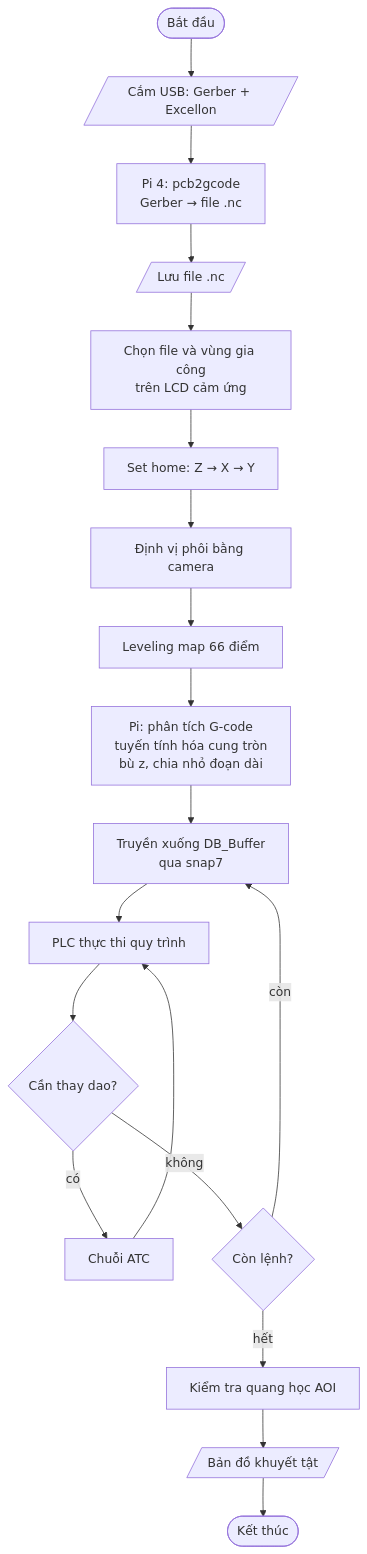
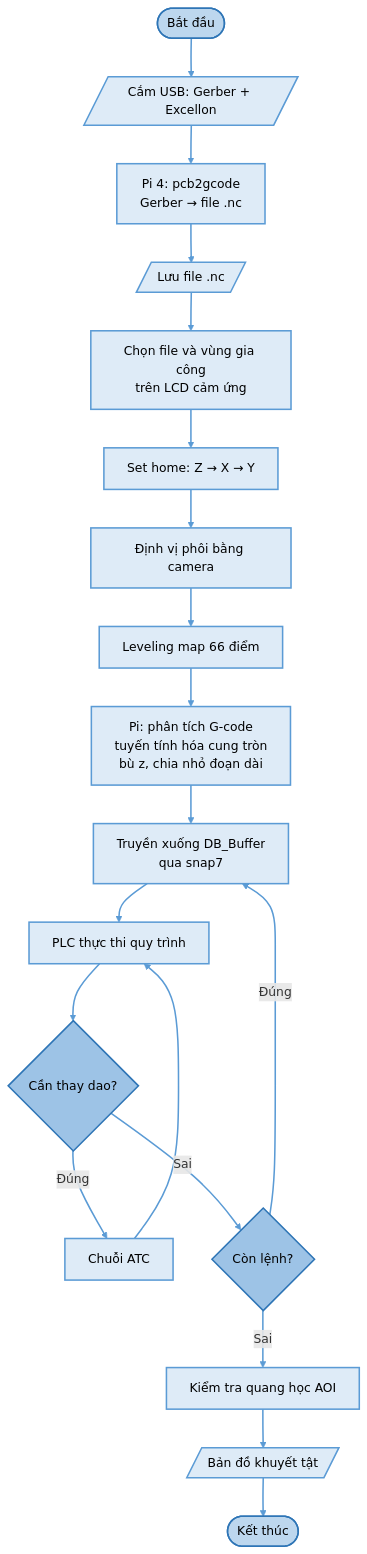
The first of 10 diagrams in docs/luu-do-giai-thuat.md (nguyentanphat1908-collab/IDE), drawn with Mermaid before and after one commit. The commit also changed other lines of this file and 4 other files, not shown here.

````diff
--- a/docs/luu-do-giai-thuat.md
+++ b/docs/luu-do-giai-thuat.md
@@ -28,21 +40,27 @@
 ```mermaid
 flowchart TD
-    A([Bắt đầu]) --> B[/"Cắm USB: Gerber + Excellon"/]
-    B --> C["Pi 4: pcb2gcode<br/>Gerber → file .nc"]
-    C --> D[/"Lưu file .nc"/]
-    D --> E["Chọn file và vùng gia công<br/>trên LCD cảm ứng"]
-    E --> F["Set home: Z → X → Y"]
-    F --> G["Định vị phôi bằng camera"]
-    G --> H["Leveling map 66 điểm"]
-    H --> I["Pi: phân tích G-code<br/>tuyến tính hóa cung tròn<br/>bù z, chia nhỏ đoạn dài"]
-    I --> J["Truyền xuống DB_Buffer<br/>qua snap7"]
-    J --> K["PLC thực thi quy trình"]
-    K --> L{"Cần thay dao?"}
-    L -- có --> M["Chuỗi ATC"]
+    A([Bắt đầu]):::term --> B[/"Cắm USB: Gerber + Excellon"/]:::io
+    B --> C["Pi 4: pcb2gcode<br/>Gerber → file .nc"]:::proc
+    C --> D[/"Lưu file .nc"/]:::io
+    D --> E["Chọn file và vùng gia công<br/>trên LCD cảm ứng"]:::proc
+    E --> F["Set home: Z → X → Y"]:::proc
+    F --> G["Định vị phôi bằng camera"]:::proc
+    G --> H["Leveling map 66 điểm"]:::proc
+    H --> I["Pi: phân tích G-code<br/>tuyến tính hóa cung tròn<br/>bù z, chia nhỏ đoạn dài"]:::proc
+    I --> J["Truyền xuống DB_Buffer<br/>qua snap7"]:::proc
+    J --> K["PLC thực thi quy trình"]:::proc
+    K --> L{"Cần thay dao?"}:::dec
+    L -- Đúng --> M["Chuỗi ATC"]:::proc
     M --> K
-    L -- không --> N{"Còn lệnh?"}
-    N -- còn --> J
-    N -- hết --> O["Kiểm tra quang học AOI"]
-    O --> P[/"Bản đồ khuyết tật"/]
-    P --> Q([Kết thúc])
+    L -- Sai --> N{"Còn lệnh?"}:::dec
+    N -- Đúng --> J
+    N -- Sai --> O["Kiểm tra quang học AOI"]:::proc
+    O --> P[/"Bản đồ khuyết tật"/]:::io
+    P --> Q([Kết thúc]):::term
+    classDef term fill:#BDD7EE,stroke:#2E75B6,stroke-width:2px,color:#000
+    classDef proc fill:#DEEBF7,stroke:#5B9BD5,stroke-width:2px,color:#000
+    classDef io   fill:#DEEBF7,stroke:#5B9BD5,stroke-width:2px,color:#000
+    classDef dec  fill:#9DC3E6,stroke:#2E75B6,stroke-width:2px,color:#000
+    classDef conn fill:#9DC3E6,stroke:#2E75B6,stroke-width:2px,color:#000
+    linkStyle default stroke:#5B9BD5,stroke-width:2px
 ```
````
